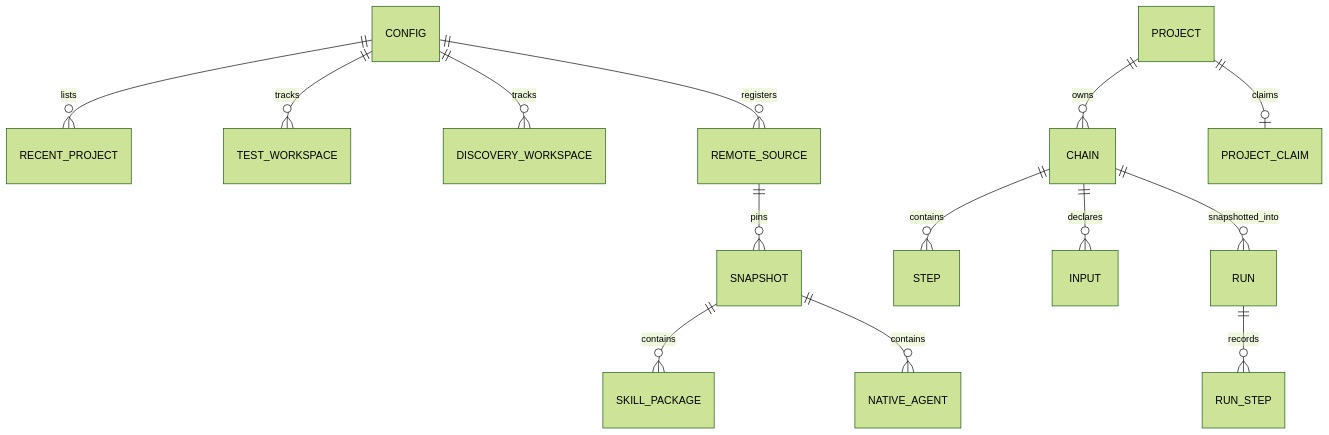
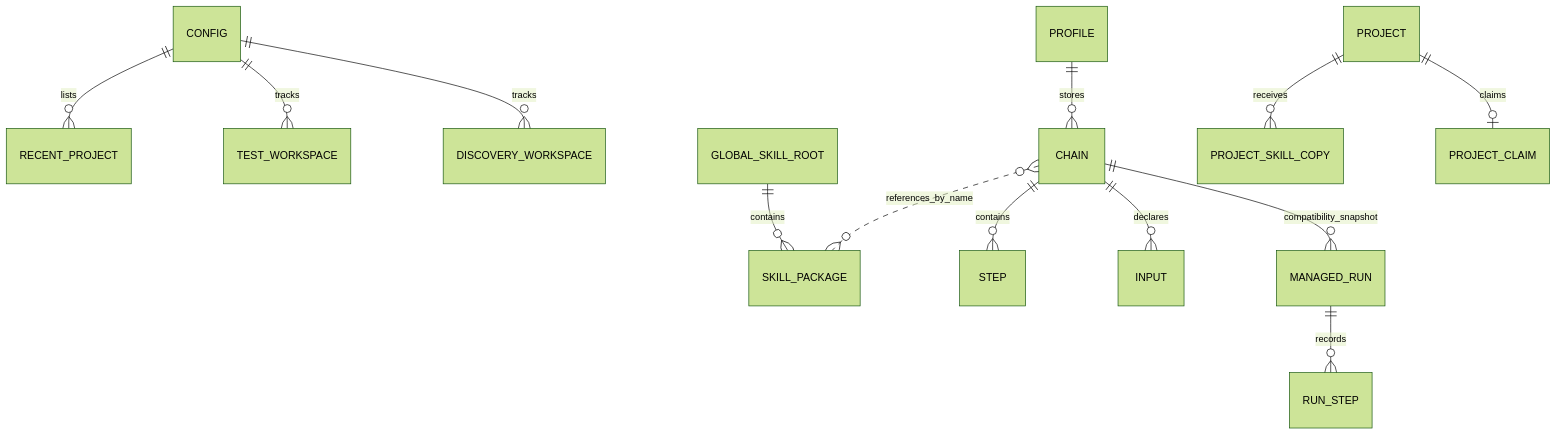
The ninth of 9 diagrams in Project_Architecture_Blueprint.md (McFuzzySquirrel/skill-loom), drawn with Mermaid (forest theme) before and after one commit. The commit also changed other lines of this file, not shown here.

Commit message:
docs: update architecture blueprint for skills pivot

````diff
--- a/Project_Architecture_Blueprint.md
+++ b/Project_Architecture_Blueprint.md
@@ -508,16 +563,15 @@
 ```mermaid
 erDiagram
   CONFIG ||--o{ RECENT_PROJECT : lists
   CONFIG ||--o{ TEST_WORKSPACE : tracks
   CONFIG ||--o{ DISCOVERY_WORKSPACE : tracks
-  CONFIG ||--o{ REMOTE_SOURCE : registers
-  REMOTE_SOURCE ||--o{ SNAPSHOT : pins
-  SNAPSHOT ||--o{ SKILL_PACKAGE : contains
-  SNAPSHOT ||--o{ NATIVE_AGENT : contains
-  PROJECT ||--o{ CHAIN : owns
+  PROFILE ||--o{ CHAIN : stores
+  GLOBAL_SKILL_ROOT ||--o{ SKILL_PACKAGE : contains
+  CHAIN }o..o{ SKILL_PACKAGE : references_by_name
+  PROJECT ||--o{ PROJECT_SKILL_COPY : receives
   CHAIN ||--o{ STEP : contains
   CHAIN ||--o{ INPUT : declares
-  CHAIN ||--o{ RUN : snapshotted_into
-  RUN ||--o{ RUN_STEP : records
+  CHAIN ||--o{ MANAGED_RUN : compatibility_snapshot
+  MANAGED_RUN ||--o{ RUN_STEP : records
   PROJECT ||--o| PROJECT_CLAIM : claims
 ```
````
